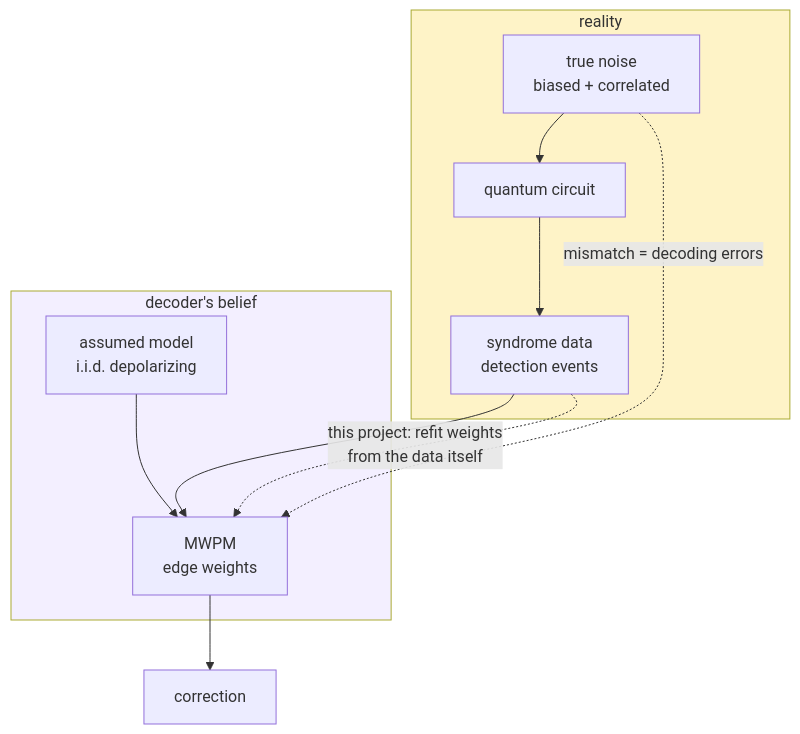
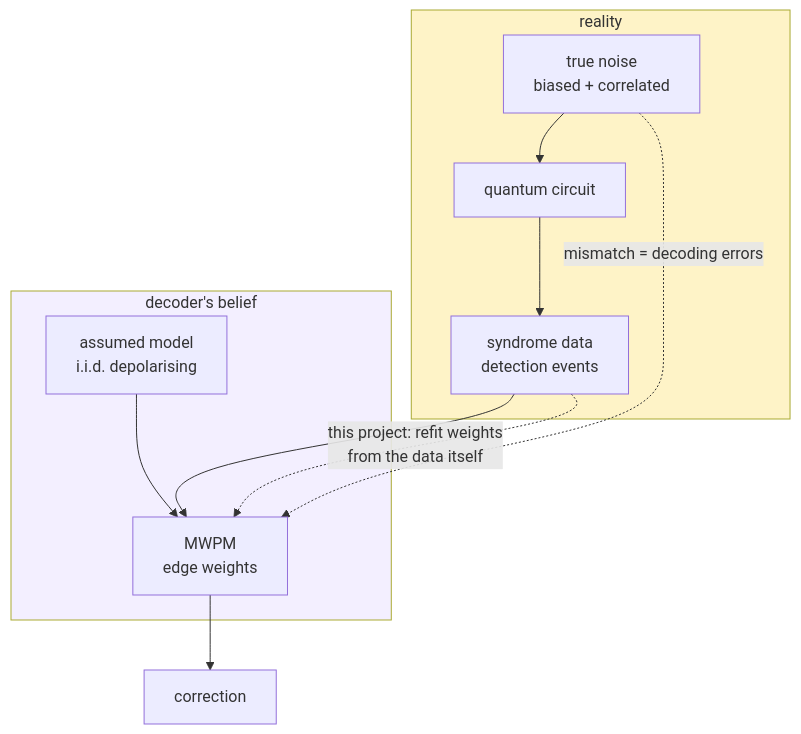
One commit to LieBieS/qec-decoder changed the second of 3 diagrams in README.md. Above: the diagram before and after it, drawn with Mermaid. The commit also changed other lines of this file and 7 other files, not shown here.

````diff
--- a/README.md
+++ b/README.md
@@ -26,16 +26,16 @@
 ```mermaid
 flowchart TB
     subgraph real[" reality "]
         TN[true noise<br/>biased + correlated] --> C[quantum circuit]
         C --> SY[syndrome data<br/>detection events]
     end
     subgraph assumed[" decoder's belief "]
-        AM[assumed model<br/>i.i.d. depolarizing] --> MW[MWPM<br/>edge weights]
+        AM[assumed model<br/>i.i.d. depolarising] --> MW[MWPM<br/>edge weights]
     end
     SY --> MW
     MW --> DEC[correction]
     TN -.->|mismatch = decoding errors| MW
     SY -.->|"this project: refit weights<br/>from the data itself"| MW
     style real fill:#fef3c7
     style assumed fill:#f3efff
 ```
````
